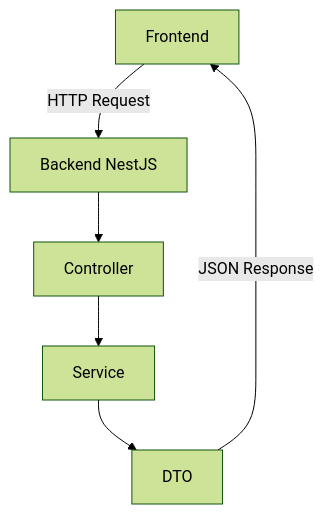
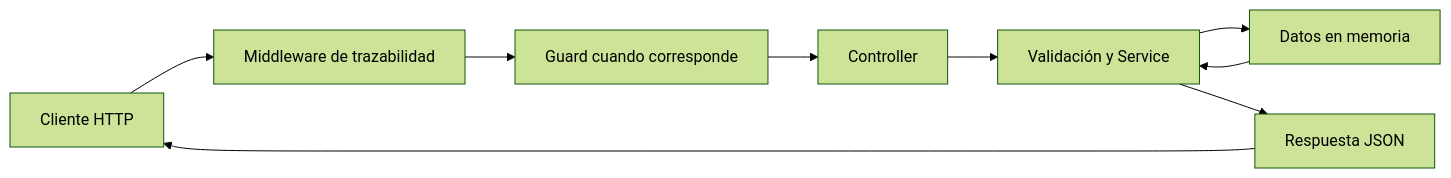
Before and after one commit to bootcamp-uchile-2026/grupo-2-backend: the first of 2 diagrams in README.md, drawn with Mermaid (forest theme). The commit also changed other lines of this file and 90 other files, not shown here.

````diff
--- a/README.md
+++ b/README.md
@@ -172,8 +111,11 @@
 ```mermaid
-flowchart TD
-    A["Frontend"] -->|HTTP Request| B["Backend NestJS"]
-    B --> C["Controller"]
-    C --> D["Service"]
-    D --> E["DTO"]
-    E -->|JSON Response| A
+flowchart LR
+    A[Cliente HTTP] --> B[Middleware de trazabilidad]
+    B --> C[Guard cuando corresponde]
+    C --> D[Controller]
+    D --> E[Validación y Service]
+    E --> F[Datos en memoria]
+    F --> E
+    E --> G[Respuesta JSON]
+    G --> A
 ```
````
